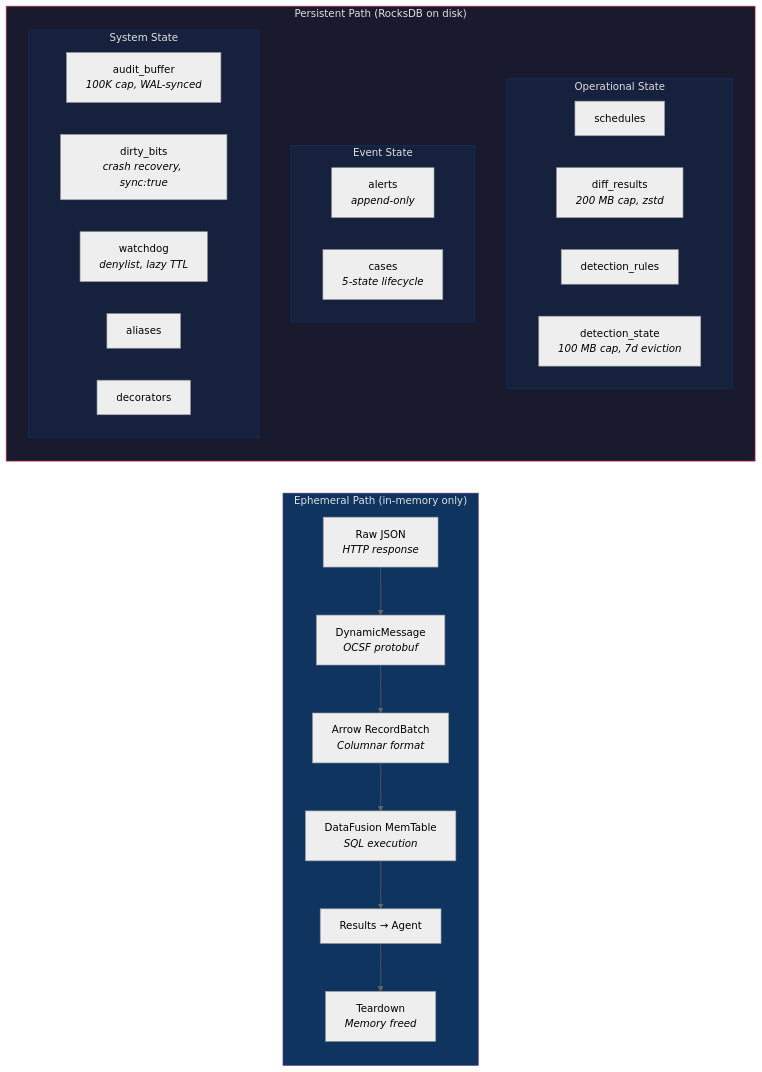
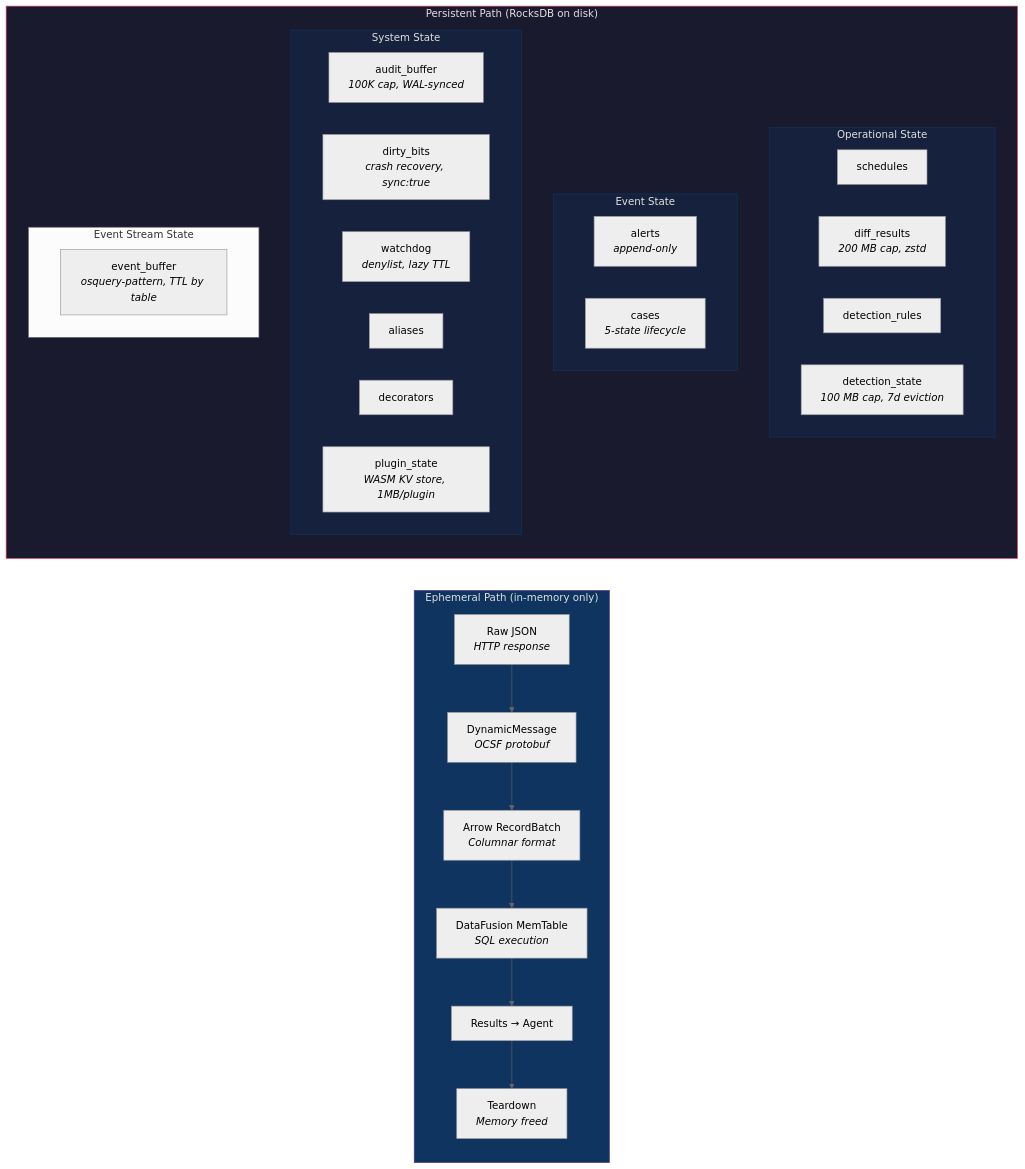
The first of 3 diagrams in specs/architecture/data-layer.md (drbothen/prism), drawn with Mermaid (neutral theme) before and after one commit. The commit also changed other lines of this file and 5 other files, not shown here.

````diff
--- a/specs/architecture/data-layer.md
+++ b/specs/architecture/data-layer.md
@@ -18,40 +18,44 @@
 ```mermaid
 graph LR
     subgraph EPHEMERAL["Ephemeral Path (in-memory only)"]
         direction TB
         J["Raw JSON<br/><i>HTTP response</i>"]
         DM["DynamicMessage<br/><i>OCSF protobuf</i>"]
         AB["Arrow RecordBatch<br/><i>Columnar format</i>"]
         MT["DataFusion MemTable<br/><i>SQL execution</i>"]
         R["Results → Agent"]
         TD["Teardown<br/><i>Memory freed</i>"]
         J --> DM --> AB --> MT --> R --> TD
     end
 
     subgraph PERSISTENT["Persistent Path (RocksDB on disk)"]
         direction TB
         subgraph OPS_CF["Operational State"]
             SCH["schedules"]
             DIFF["diff_results<br/><i>200 MB cap, zstd</i>"]
             DET_R["detection_rules"]
             DET_S["detection_state<br/><i>100 MB cap, 7d eviction</i>"]
         end
         subgraph EVENT_CF["Event State"]
             ALR["alerts<br/><i>append-only</i>"]
             CAS["cases<br/><i>5-state lifecycle</i>"]
         end
         subgraph SYSTEM_CF["System State"]
             AUD["audit_buffer<br/><i>100K cap, WAL-synced</i>"]
             DIRTY["dirty_bits<br/><i>crash recovery, sync:true</i>"]
             WATCH["watchdog<br/><i>denylist, lazy TTL</i>"]
             ALIAS["aliases"]
             DECOR["decorators"]
+            PS["plugin_state<br/><i>WASM KV store, 1MB/plugin</i>"]
+        end
+        subgraph STREAM_CF["Event Stream State"]
+            EB["event_buffer<br/><i>osquery-pattern, TTL by table</i>"]
         end
     end
 
     style EPHEMERAL fill:#0f3460,stroke:#533483,color:#e0e0e0
     style PERSISTENT fill:#1a1a2e,stroke:#e94560,color:#e0e0e0
     style OPS_CF fill:#16213e,stroke:#0f3460,color:#e0e0e0
     style EVENT_CF fill:#16213e,stroke:#0f3460,color:#e0e0e0
     style SYSTEM_CF fill:#16213e,stroke:#0f3460,color:#e0e0e0
 ```
````
